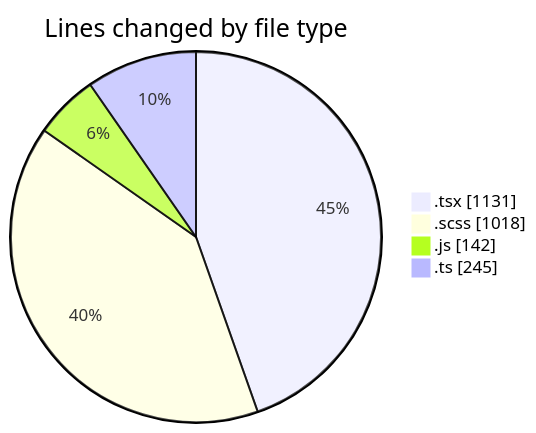
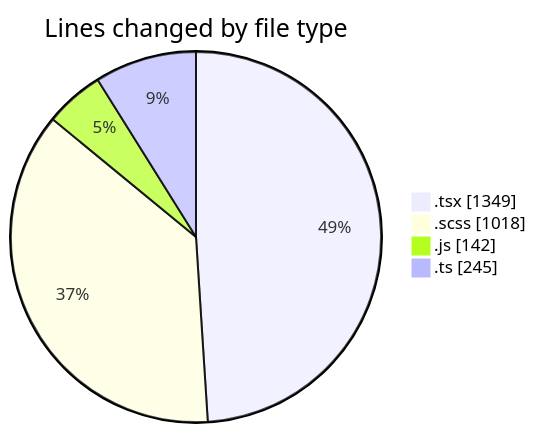
The first of 2 diagrams in 2026-03-25/cda/README.md (momahboobian/code-tracking), drawn with Mermaid before and after one commit. The commit also changed other lines of this file and 1 other file, not shown here.

````diff
--- a/2026-03-25/cda/README.md
+++ b/2026-03-25/cda/README.md
@@ -23,8 +23,8 @@
 ```mermaid
 pie showData
 title Lines changed by file type
-".tsx" : 1131
+".tsx" : 1349
 ".scss" : 1018
 ".js" : 142
 ".ts" : 245
 ```
````
